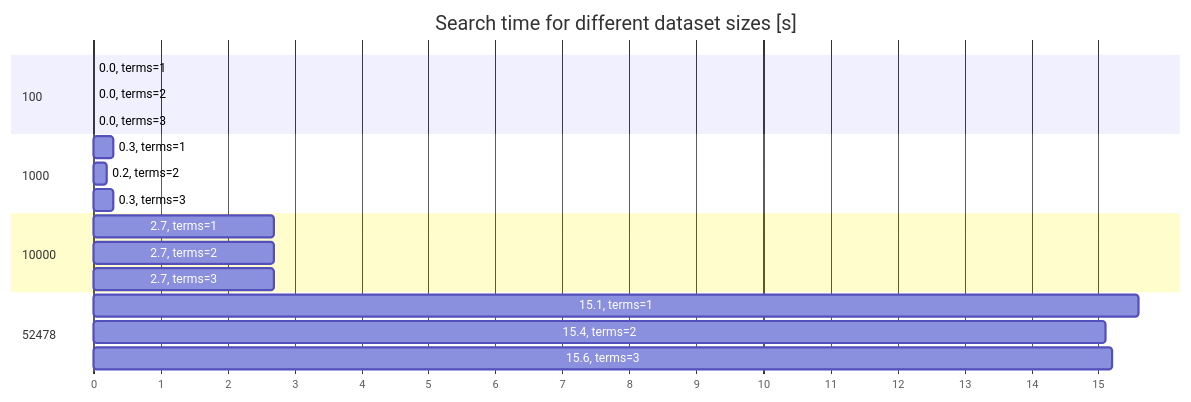
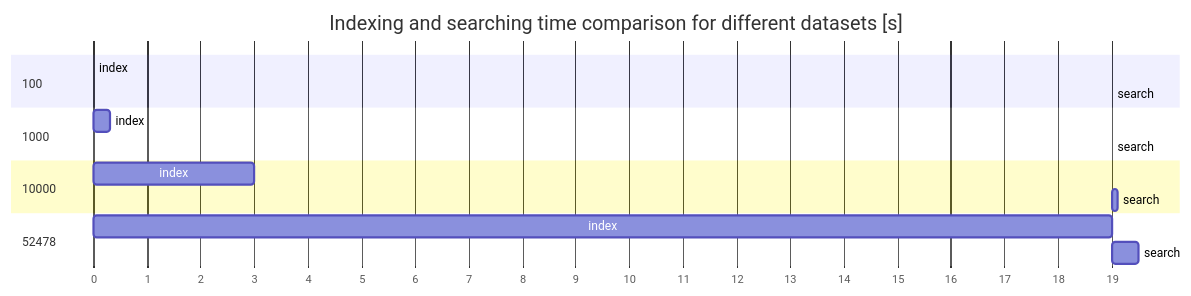
One commit to dmarsic/tinysearch changed the second of 2 diagrams in README.md. Above: the diagram before and after it, drawn with Mermaid. The commit also changed other lines of this file and 5 other files, not shown here.

````diff
--- a/README.md
+++ b/README.md
@@ -106,26 +161,22 @@
 ```mermaid
 gantt
-title Search time for different dataset sizes [s]
+title Indexing and searching time comparison for different datasets [s]
 dateFormat X
 axisFormat %s
 
 section 100
-0.0, terms=1 : 0, 0.0s
-0.0, terms=2 : 0, 0.0s
-0.0, terms=3 : 0, 0.0s
+index :i, 0, 0.0s
+search :s, after i, 0.0s
 
 section 1000
-0.3, terms=1 : 0, 0.3s
-0.2, terms=2 : 0, 0.2s
-0.3, terms=3 : 0, 0.3s
+index : i, 0, 0.3s
+search: s, after i, 0.0s
 
 section 10000
-2.7, terms=1 : 0, 2.7s
-2.7, terms=2 : 0, 2.7s
-2.7, terms=3 : 0, 2.7s
+index : i, 0, 3.0s
+search : s, after i, 0.1s
 
 section 52478
-15.1, terms=1 : 0, 15.6s
-15.4, terms=2 : 0, 15.1s
-15.6, terms=3 : 0, 15.2s
+index : i, 0, 19.0s
+search : s, after i, 0.5s
 ```
````
